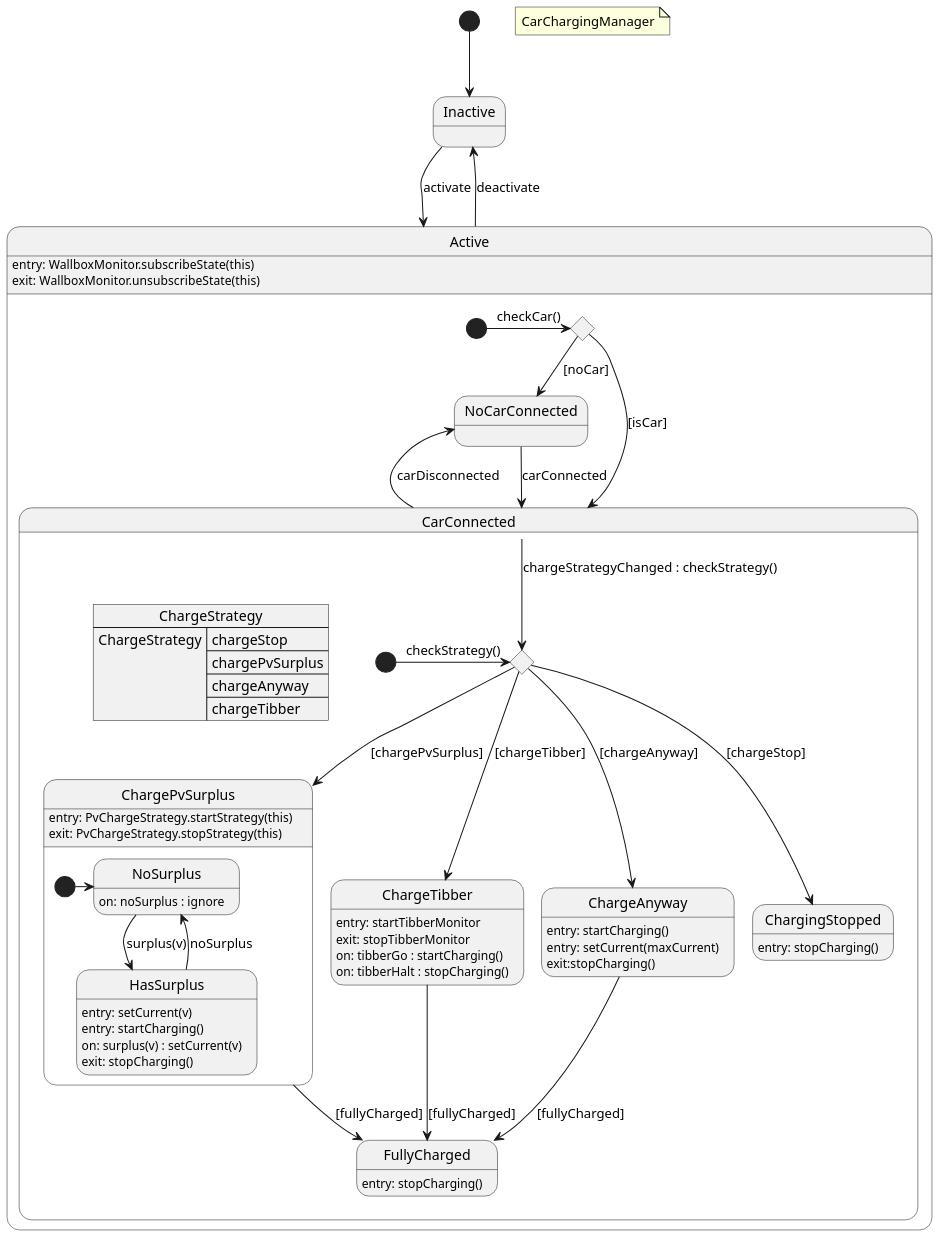
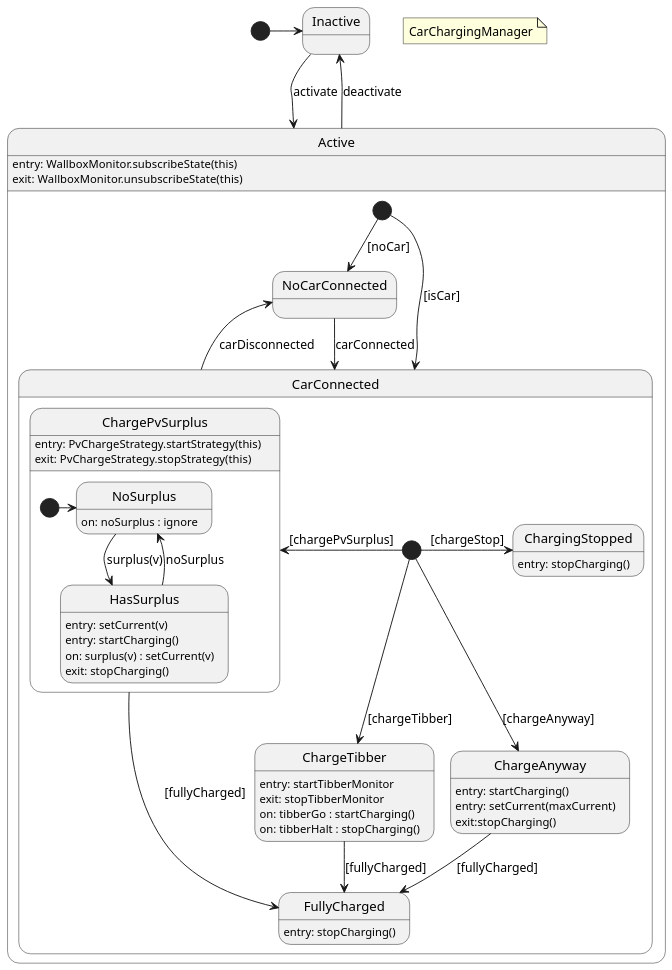
The diagram in src/main/groovy/de/geobe/energy/automation/CarChargingManager.puml (geobe/energyControl), drawn with PlantUML before and after one commit. The commit also changed 5 other files, not shown here.

Commit message:
work in progress: refactoring PvChargeStrategy, CarChargingManager

```diff
--- a/src/main/groovy/de/geobe/energy/automation/CarChargingManager.puml
+++ b/src/main/groovy/de/geobe/energy/automation/CarChargingManager.puml
@@ -1,95 +1,92 @@
 @startuml
 'https://plantuml.com/state-diagram
 
-scale 1400 width
+scale 1000 width
 
-[*] -down-> iact
+[*] -right-> iact
 
 state "Inactive" as iact
 state "Active" as act {
 
 
-    state "checkCar" as ccc <<choice>>
-    [*] -right-> ccc : checkCar()
+'    state "checkCar" as ccc <<choice>>
+'    [*] -right-> ccc : checkCar()
+    [*] --> nocl : [noCar]
+    [*] --> cl : [isCar]
 
     act: entry: WallboxMonitor.subscribeState(this)
     act: exit: WallboxMonitor.unsubscribeState(this)
 
     state "NoCarConnected" as nocl {
 '      nocl: entry: cancelCharging()
     }
 
     state "CarConnected" as cl {
 '      cl: entry: getChargeStrategy()
 
-      json ChargeStrategy {
-        "ChargeStrategy": ["chargeStop", "chargePvSurplus", "chargeAnyway", "chargeTibber"]
-      }
 
-       state "selectStrategy" as sst <<choice>>
-       [*] -right-> sst : checkStrategy()
+'       state "selectStrategy" as sst <<choice>>
+'       [*] -down-> sst : checkStrategy()
 
       state "ChargePvSurplus" as lps {
         lps: entry: PvChargeStrategy.startStrategy(this)
         lps: exit: PvChargeStrategy.stopStrategy(this)
 
         state "HasSurplus" as has {
             has: entry: setCurrent(v)
             has: entry: startCharging()
             has: on: surplus(v) : setCurrent(v)
             has: exit: stopCharging()
         }
 
         state "NoSurplus" as nos {
           nos: on: noSurplus : ignore
         }
 
         state lpstart <<start>>
       }
       nos -down-> has : surplus(v)
       has -up-> nos : noSurplus
       lpstart -right-> nos
 
       state "ChargeTibber" as lt {
       lt: entry: startTibberMonitor
       lt: exit: stopTibberMonitor
       lt: on: tibberGo : startCharging()
       lt: on: tibberHalt : stopCharging()
       }
 
       state "ChargeAnyway" as la {
         la: entry: startCharging()
         la: entry: setCurrent(maxCurrent)
         la: exit:stopCharging()
       }
 
       state "ChargingStopped" as ls {
         ls: entry: stopCharging()
       }
 
       state "FullyCharged" as fc
       fc: entry: stopCharging()
 
-      cl --> sst : chargeStrategyChanged : checkStrategy()
-      sst --> lps : [chargePvSurplus]
-      sst --> ls : [chargeStop]
-      sst --> lt : [chargeTibber]
-      sst --> la : [chargeAnyway]
+'      cl --> sst : chargeStrategyChanged : checkStrategy()
+      [*] -left-> lps : [chargePvSurplus]
+      [*] -right-> ls : [chargeStop]
+      [*] --> lt : [chargeTibber]
+      [*] --> la : [chargeAnyway]
       lps --> fc : [fullyCharged]
       lt --> fc : [fullyCharged]
       la --> fc : [fullyCharged]
     }
 
 }
-ccc --> nocl : [noCar]
-ccc --> cl : [isCar]
 cl -up-> nocl : carDisconnected
 
 nocl -down-> cl : carConnected
 iact -down-> act : activate
 act -up-> iact : deactivate
 'act --> ccc : carChange
 
 note "CarChargingManager" as N1
 
 @enduml
```
